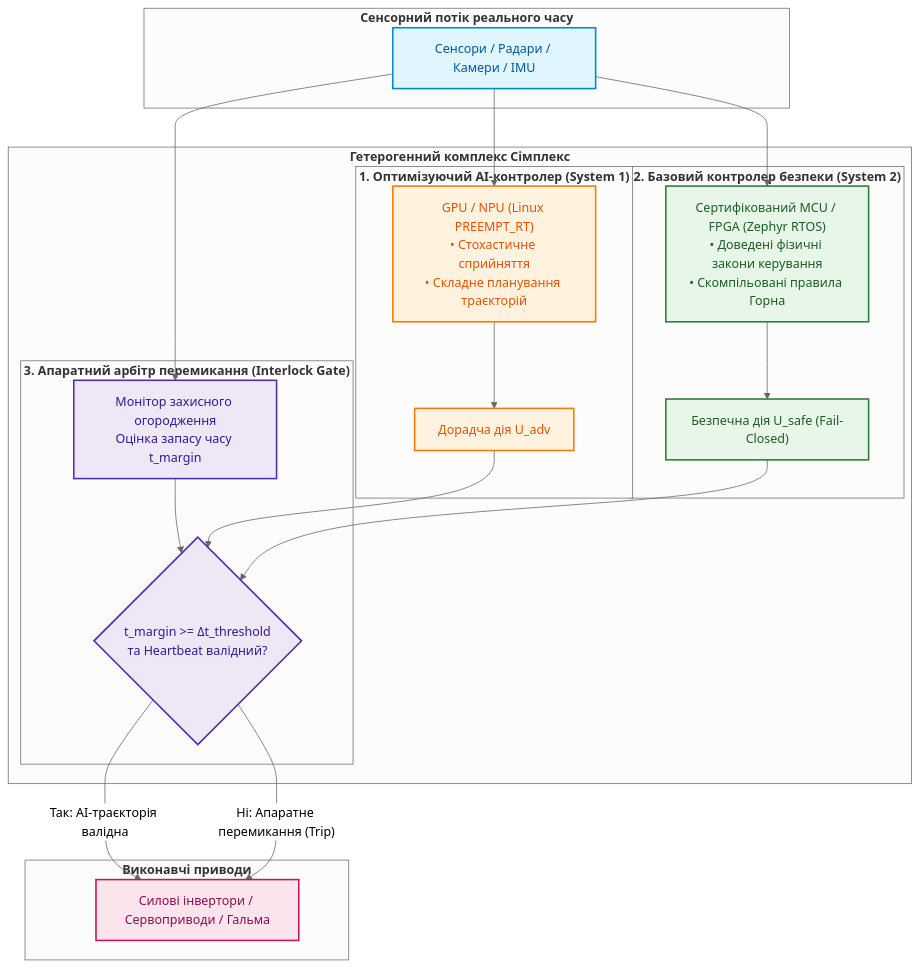
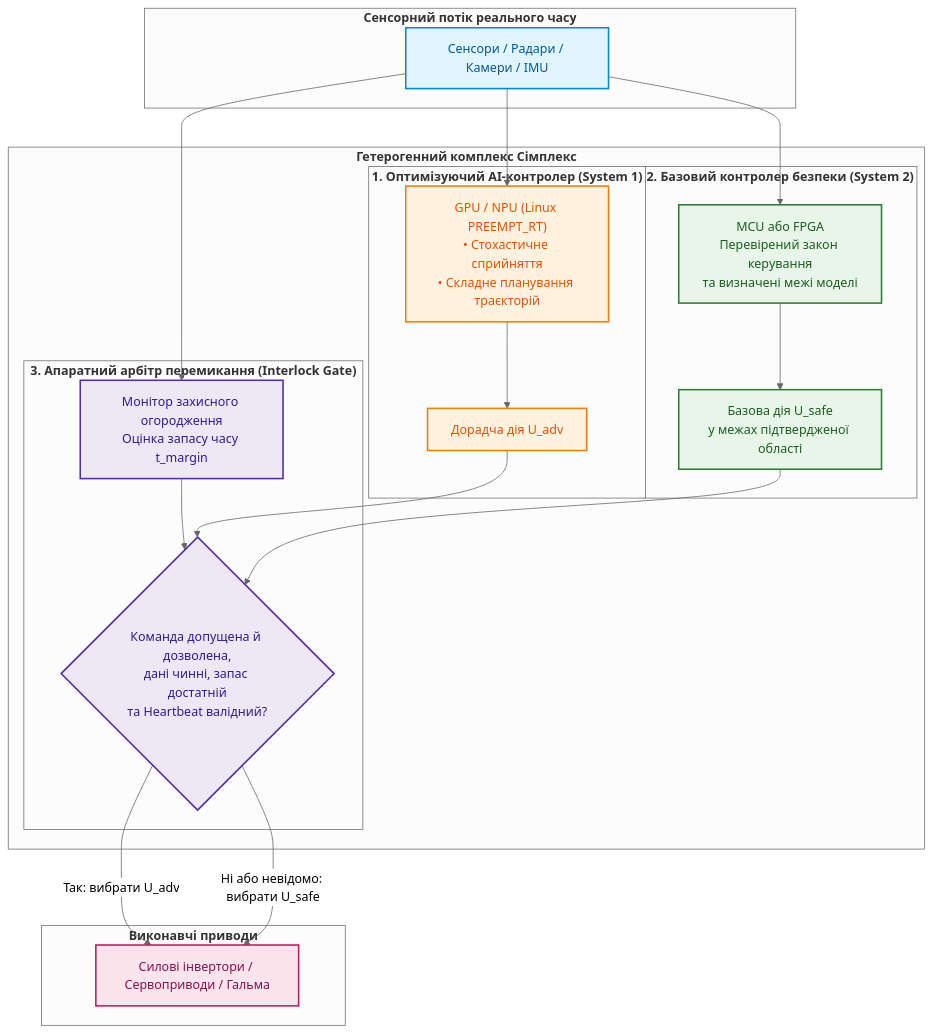
Before and after one commit to nick-fedchik/articles: the fifth of 7 diagrams in ExpertSystem/ch28-dual-mode-expert-systems.md, drawn with Mermaid (neutral theme). The commit also changed other lines of this file and 7 other files, not shown here.

````diff
--- a/ExpertSystem/ch28-dual-mode-expert-systems.md
+++ b/ExpertSystem/ch28-dual-mode-expert-systems.md
@@ -698,55 +818,55 @@
 ```mermaid
 flowchart TD
     accTitle: Гетерогенна архітектура Сімплекс для безпечного розгортання Edge AI
-    accDescr: Тристороннє розмежування на оптимізуючий AI-вузол, базовий контролер безпеки та апаратний арбітр перемикання з розмиканням приводів.
+    accDescr: Арбітр передає допущену й дозволену команду або вибирає базовий тракт; heartbeat і часовий запас не замінюють допуску команди.
 
     subgraph Sensory["<b>Сенсорний потік реального часу</b>"]
         SENS["Сенсори / Радари / Камери / IMU"]
     end
 
     subgraph Simplex["<b>Гетерогенний комплекс Сімплекс</b>"]
         subgraph AdvancedNode["<b>1. Оптимізуючий AI-контролер (System 1)</b>"]
             AI_PROC["GPU / NPU (Linux PREEMPT_RT)<br/>• Стохастичне сприйняття<br/>• Складне планування траєкторій"]
             AI_CMD["Дорадча дія U_adv"]
             AI_PROC --> AI_CMD
         end
 
         subgraph BaselineNode["<b>2. Базовий контролер безпеки (System 2)</b>"]
-            SAFE_MCU["Сертифікований MCU / FPGA (Zephyr RTOS)<br/>• Доведені фізичні закони керування<br/>• Скомпільовані правила Горна"]
-            SAFE_CMD["Безпечна дія U_safe (Fail-Closed)"]
+            SAFE_MCU["MCU або FPGA<br/>Перевірений закон керування<br/>та визначені межі моделі"]
+            SAFE_CMD["Базова дія U_safe<br/>у межах підтвердженої області"]
             SAFE_MCU --> SAFE_CMD
         end
 
         subgraph ArbiterNode["<b>3. Апаратний арбітр перемикання (Interlock Gate)</b>"]
             ENV_MON["Монітор захисного огородження<br/>Оцінка запасу часу t_margin"]
-            SWITCH{"t_margin >= Δt_threshold<br/>та Heartbeat валідний?"}
+            SWITCH{"Команда допущена й дозволена,<br/>дані чинні, запас достатній<br/>та Heartbeat валідний?"}
             ENV_MON --> SWITCH
         end
     end
 
     subgraph Actuation["<b>Виконавчі приводи</b>"]
         ACT["Силові інвертори / Сервоприводи / Гальма"]
     end
 
     SENS --> AI_PROC
     SENS --> SAFE_MCU
     SENS --> ENV_MON
 
     AI_CMD --> SWITCH
     SAFE_CMD --> SWITCH
 
-    SWITCH -->|"Так: AI-траєкторія валідна"| ACT
-    SWITCH -->|"Ні: Апаратне перемикання (Trip)"| ACT
+    SWITCH -->|"Так: вибрати U_adv"| ACT
+    SWITCH -->|"Ні або невідомо: вибрати U_safe"| ACT
 
     classDef sens fill:#e1f5fe,stroke:#0288d1,stroke-width:2px,color:#01579b;
     classDef ai fill:#fff3e0,stroke:#f57c00,stroke-width:2px,color:#e65100;
     classDef safe fill:#e8f5e9,stroke:#2e7d32,stroke-width:2px,color:#1b5e20;
     classDef arb fill:#ede7f6,stroke:#512da8,stroke-width:2px,color:#311b92;
     classDef act fill:#fce4ec,stroke:#c2185b,stroke-width:2px,color:#880e4f;
 
     class SENS sens;
     class AI_PROC,AI_CMD ai;
     class SAFE_MCU,SAFE_CMD safe;
     class ENV_MON,SWITCH arb;
     class ACT act;
 ```
````
